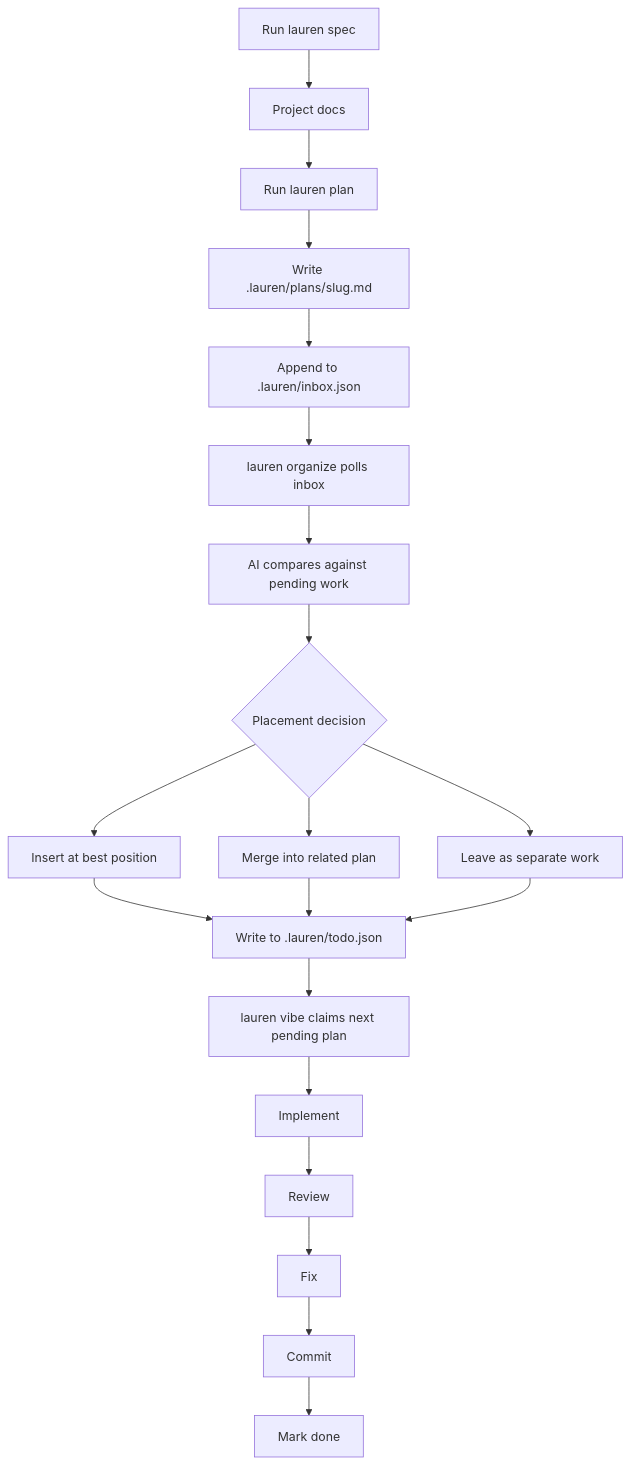
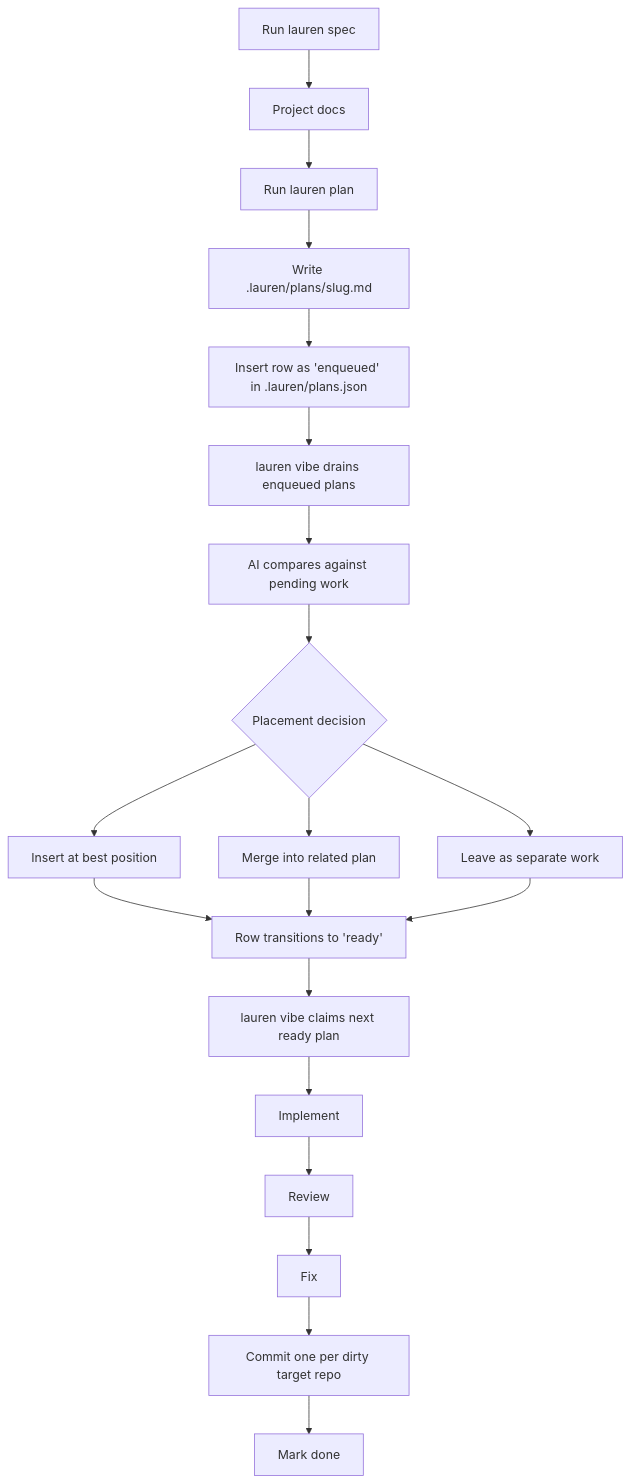
One commit to ofux/lauren changed the first of 3 diagrams in README.md. Above: the diagram before and after it, drawn with Mermaid. The commit also changed other lines of this file and 28 other files, not shown here.

````diff
--- a/README.md
+++ b/README.md
@@ -107,22 +108,22 @@
 ```mermaid
 flowchart TD
   A[Run lauren spec] --> B[Project docs]
   B --> C[Run lauren plan]
   C --> D[Write .lauren/plans/slug.md]
-  D --> E[Append to .lauren/inbox.json]
-  E --> R[lauren organize polls inbox]
+  D --> E[Insert row as 'enqueued' in .lauren/plans.json]
+  E --> R[lauren vibe drains enqueued plans]
   R --> F[AI compares against pending work]
   F --> N{Placement decision}
   N --> O[Insert at best position]
   N --> P[Merge into related plan]
   N --> Q[Leave as separate work]
-  O --> S[Write to .lauren/todo.json]
+  O --> S[Row transitions to 'ready']
   P --> S
   Q --> S
-  S --> G[lauren vibe claims next pending plan]
+  S --> G[lauren vibe claims next ready plan]
   G --> I[Implement]
   I --> J[Review]
   J --> K[Fix]
-  K --> L[Commit]
+  K --> L[Commit one per dirty target repo]
   L --> M[Mark done]
 ```
````
